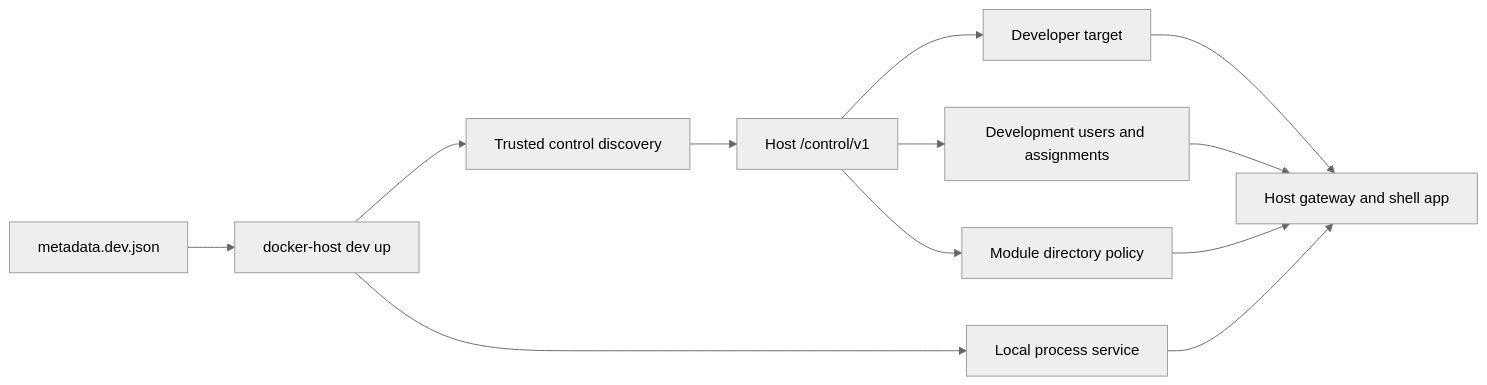
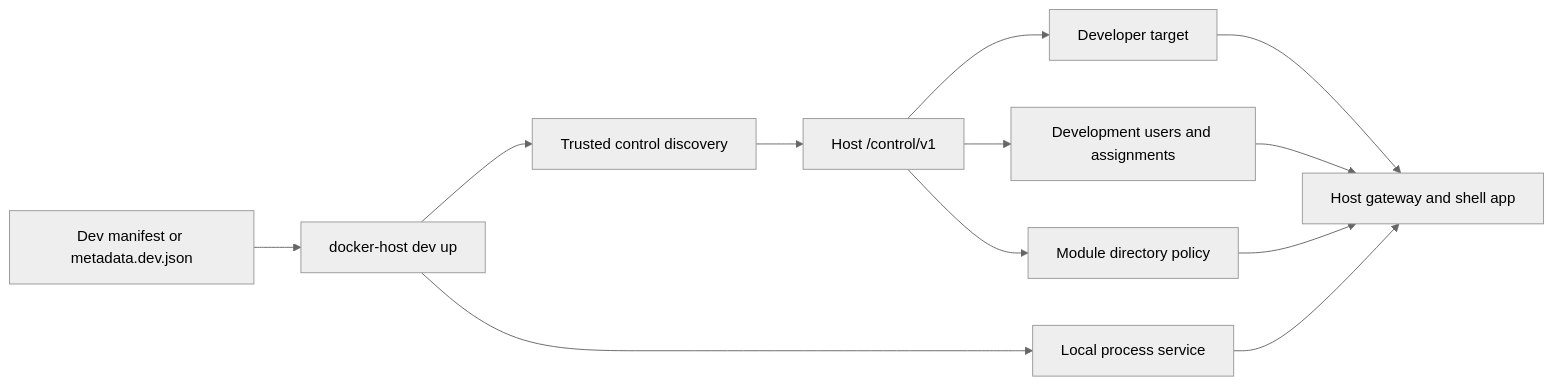
The diagram in docs/features/module-development-harness.md (alex-de-haas/docker-host), drawn with Mermaid (neutral theme) before and after one commit. The commit also changed other lines of this file and 20 other files, not shown here.

Commit message:
Wire host:dev:demo through docker-host dev up

````diff
--- a/docs/features/module-development-harness.md
+++ b/docs/features/module-development-harness.md
@@ -5,14 +5,14 @@
 ```mermaid
 flowchart LR
-  A["metadata.dev.json"] --> B["docker-host dev up"]
+  A["Dev manifest or metadata.dev.json"] --> B["docker-host dev up"]
   B --> C["Trusted control discovery"]
   C --> D["Host /control/v1"]
   D --> E["Developer target"]
   D --> F["Development users and assignments"]
   D --> G["Module directory policy"]
   B --> H["Local process service"]
   E --> I["Host gateway and shell app"]
   F --> I
   G --> I
   H --> I
 ```
````
